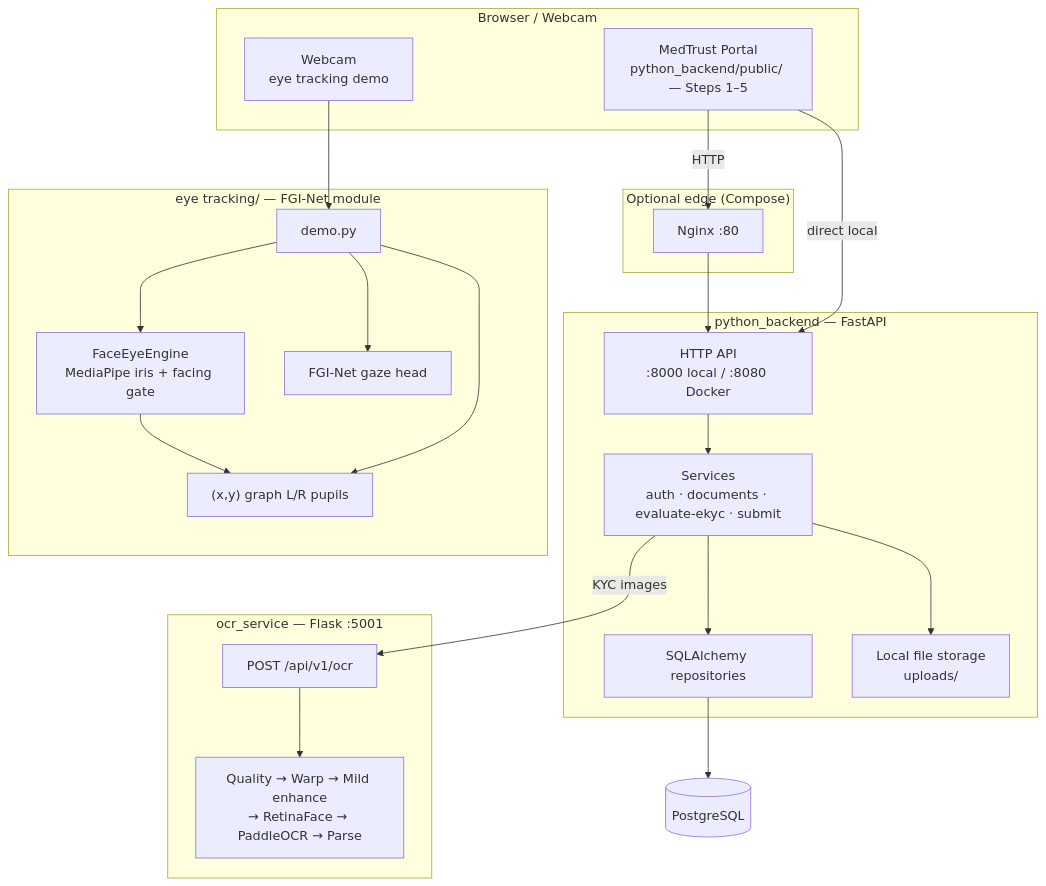
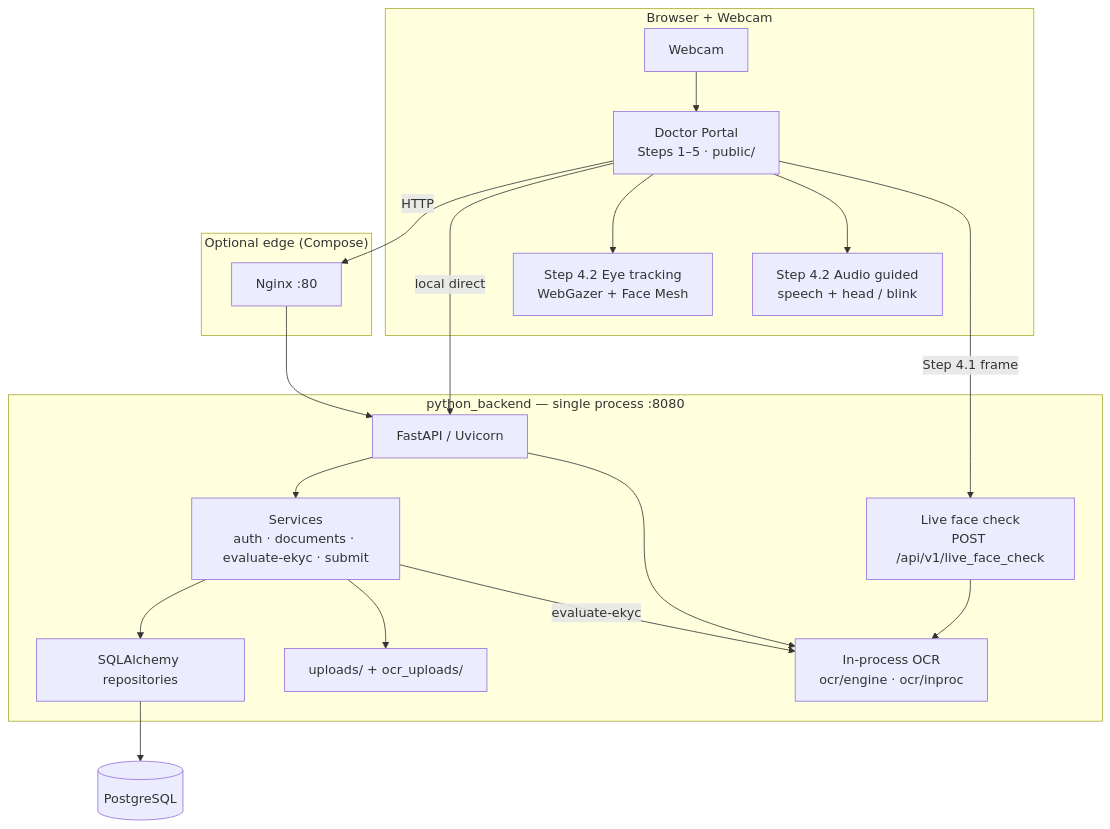
The first of 5 diagrams in README.md (Saravanan2005real/zudoc-doctor-portal-EKYC), drawn with Mermaid before and after one commit. The commit also changed other lines of this file and 18 other files, not shown here.

First line of the commit message:
Improve Step 4 liveness and sync architecture docs with in-process OCR.

````diff
--- a/README.md
+++ b/README.md
@@ -41,47 +42,38 @@
 ```mermaid
 flowchart TB
-  subgraph Client["Browser / Webcam"]
-    UI["MedTrust Portal<br/>python_backend/public/ — Steps 1–5"]
-    CAM["Webcam<br/>eye tracking demo"]
+  subgraph Client["Browser + Webcam"]
+    UI["Doctor Portal<br/>Steps 1–5 · public/"]
+    WG["Step 4.2 Eye tracking<br/>WebGazer + Face Mesh"]
+    AUD["Step 4.2 Audio guided<br/>speech + head / blink"]
+    CAM["Webcam"]
   end
 
   subgraph Edge["Optional edge (Compose)"]
     NGX["Nginx :80"]
   end
 
-  subgraph Backend["python_backend — FastAPI"]
-    API["HTTP API<br/>:8000 local / :8080 Docker"]
+  subgraph Backend["python_backend — single process :8080"]
+    API["FastAPI / Uvicorn"]
     SVC["Services<br/>auth · documents · evaluate-ekyc · submit"]
+    OCR["In-process OCR<br/>ocr/engine · ocr/inproc"]
+    LIVE["Live face check<br/>POST /api/v1/live_face_check"]
     REPO["SQLAlchemy repositories"]
-    STORE["Local file storage<br/>uploads/"]
-  end
-
-  subgraph OCR["ocr_service — Flask :5001"]
-    OCRAPI["POST /api/v1/ocr"]
-    PIPE["Quality → Warp → Mild enhance<br/>→ RetinaFace → PaddleOCR → Parse"]
-  end
-
-  subgraph EyeMod["eye tracking/ — FGI-Net module"]
-    DEMO["demo.py"]
-    ENG["FaceEyeEngine<br/>MediaPipe iris + facing gate"]
-    FGI["FGI-Net gaze head"]
-    PLOT["(x,y) graph L/R pupils"]
+    STORE["uploads/ + ocr_uploads/"]
   end
 
   PG[("PostgreSQL")]
 
   UI -->|HTTP| NGX
   NGX --> API
-  UI -->|direct local| API
+  UI -->|local direct| API
+  CAM --> UI
+  UI --> WG
+  UI --> AUD
+  UI -->|"Step 4.1 frame"| LIVE
   API --> SVC
   SVC --> REPO --> PG
   SVC --> STORE
-  SVC -->|"KYC images"| OCRAPI
-  OCRAPI --> PIPE
-
-  CAM --> DEMO
-  DEMO --> ENG
-  DEMO --> FGI
-  ENG --> PLOT
-  DEMO --> PLOT
+  SVC -->|"evaluate-ekyc"| OCR
+  LIVE --> OCR
+  API --> OCR
 ```
````
